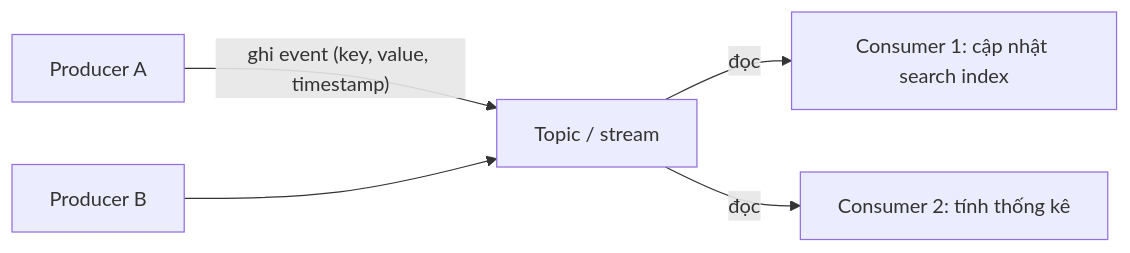
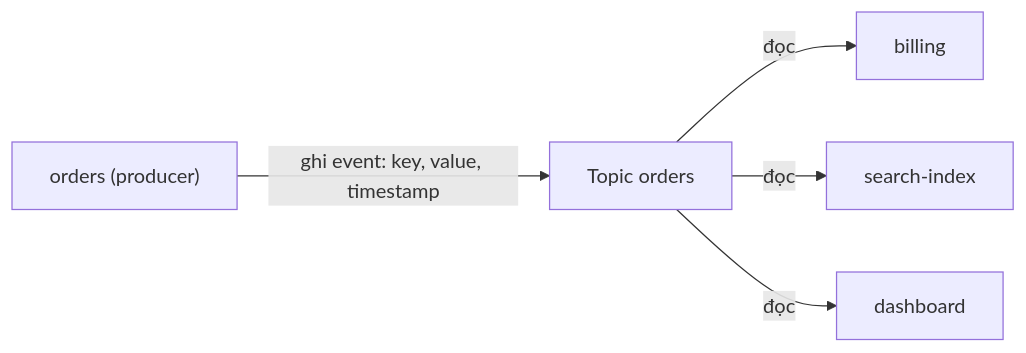
Before and after one commit to pirumu/irust: the first of 6 diagrams in docs/12-he-thong-du-lieu/11-stream-processing.md, drawn with Mermaid. The commit also changed other lines of this file and 35 other files, not shown here.

````diff
--- a/docs/12-he-thong-du-lieu/11-stream-processing.md
+++ b/docs/12-he-thong-du-lieu/11-stream-processing.md
@@ -40,7 +46,7 @@
 ```mermaid
 flowchart LR
-  P1["Producer A"] -->|"ghi event (key, value, timestamp)"| T["Topic / stream"]
-  P2["Producer B"] --> T
-  T -->|"đọc"| C1["Consumer 1: cập nhật search index"]
-  T -->|"đọc"| C2["Consumer 2: tính thống kê"]
+  P["orders (producer)"] -->|"ghi event: key, value, timestamp"| T["Topic orders"]
+  T -->|"đọc"| C1["billing"]
+  T -->|"đọc"| C2["search-index"]
+  T -->|"đọc"| C3["dashboard"]
 ```
````
